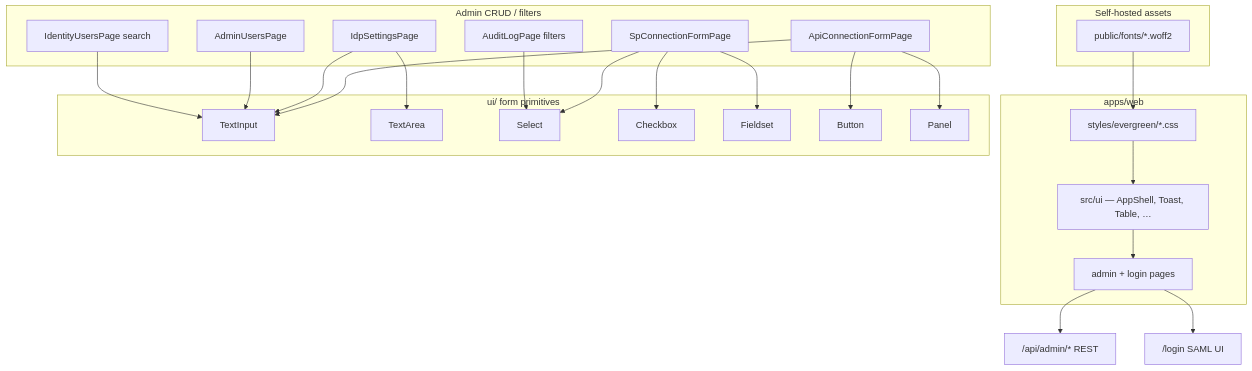
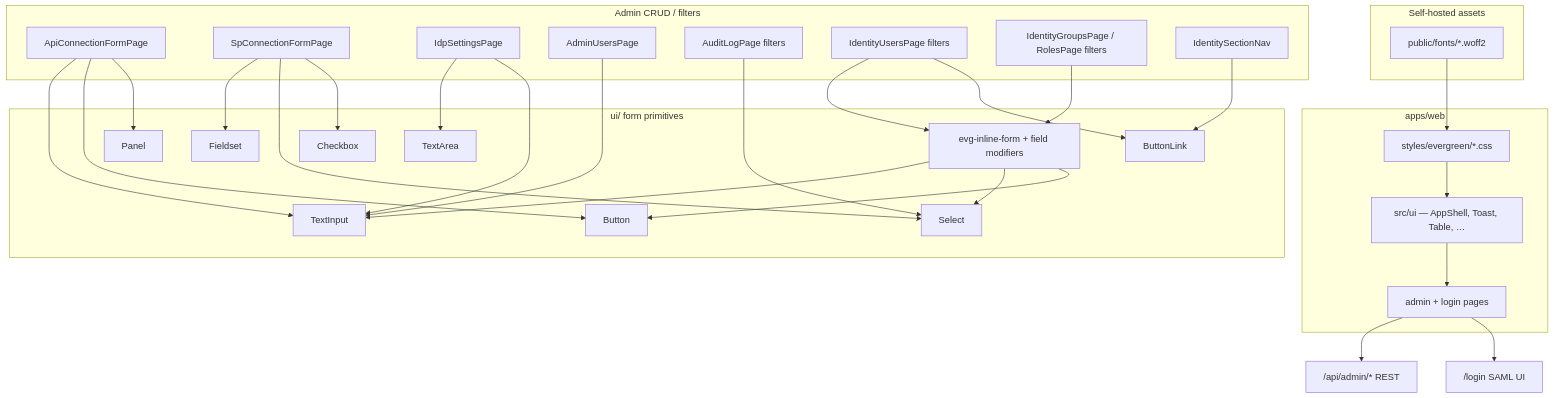
One commit to 01laky/NestIdP changed the diagram in docs/img/evergreen-ui.mmd. Above: the diagram before and after it, drawn with Mermaid. The commit also changed 41 other files, not shown here.

First line of the commit message:
feat(identity): inline filter toolbar UI and extended edge tests (v1.2.2–1.2.3)

```diff
--- a/docs/img/evergreen-ui.mmd
+++ b/docs/img/evergreen-ui.mmd
@@ -1,42 +1,52 @@
 flowchart TB
 	subgraph web["apps/web"]
 		tokens["styles/evergreen/*.css"]
 		ui["src/ui — AppShell, Toast, Table, …"]
 		pages["admin + login pages"]
 	end
 	subgraph assets["Self-hosted assets"]
 		fonts["public/fonts/*.woff2"]
 	end
 	subgraph forms["Admin CRUD / filters"]
 		apiForm["ApiConnectionFormPage"]
 		spForm["SpConnectionFormPage"]
 		idpForm["IdpSettingsPage"]
 		adminUsers["AdminUsersPage"]
 		auditFilters["AuditLogPage filters"]
-		identitySearch["IdentityUsersPage search"]
+		identitySearch["IdentityUsersPage filters"]
+		identityLists["IdentityGroupsPage / RolesPage filters"]
+		identityNav["IdentitySectionNav"]
 	end
 	subgraph primitives["ui/ form primitives"]
 		ti["TextInput"]
 		ta["TextArea"]
 		sel["Select"]
 		cb["Checkbox"]
 		fs["Fieldset"]
 		btn["Button"]
+		btnLink["ButtonLink"]
 		pan["Panel"]
+		inlineForm["evg-inline-form + field modifiers"]
 	end
 	tokens --> ui
 	fonts --> tokens
 	ui --> pages
 	pages --> api["/api/admin/* REST"]
 	pages --> saml["/login SAML UI"]
 	apiForm --> ti
 	apiForm --> btn
 	apiForm --> pan
 	spForm --> fs
 	spForm --> sel
 	spForm --> cb
 	idpForm --> ta
 	idpForm --> ti
 	adminUsers --> ti
 	auditFilters --> sel
-	identitySearch --> ti
+	identitySearch --> inlineForm
+	inlineForm --> ti
+	inlineForm --> sel
+	inlineForm --> btn
+	identityLists --> inlineForm
+	identitySearch --> btnLink
+	identityNav --> btnLink
```
